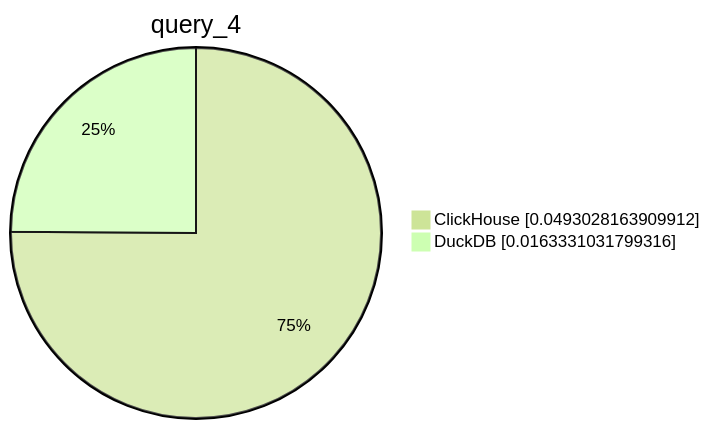
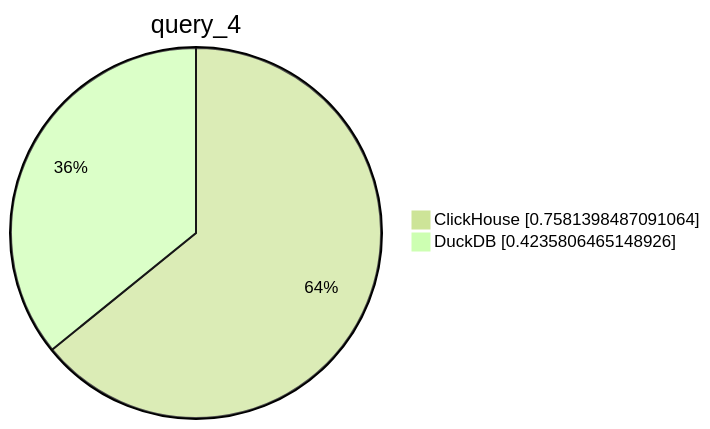
The fifth of 10 diagrams in parquet/performance/performance_reports/results.md (Altinity/clickhouse-regression), drawn with Mermaid (forest theme) before and after one commit. The commit also changed other lines of this file and 1 other file, not shown here.

````diff
--- a/parquet/performance/performance_reports/results.md
+++ b/parquet/performance/performance_reports/results.md
@@ -36,6 +36,6 @@
 ```mermaid
      pie showData
          title query_4
-         "ClickHouse" : 0.0493028163909912
-         "DuckDB" : 0.0163331031799316
+         "ClickHouse" : 0.7581398487091064
+         "DuckDB" : 0.4235806465148926
 ```
````
